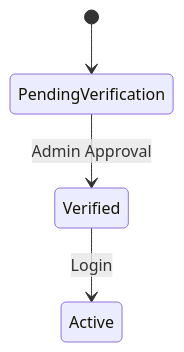
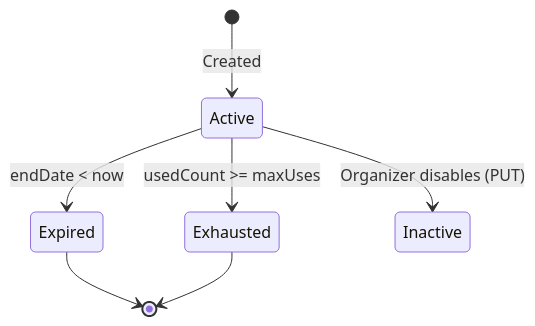
Before and after one commit to SDN-Group5/Event-Ticketing-Platform: diagram 21 of 42 in doc/UML/Nam_BookingOrg.md, drawn with Mermaid. The commit also changed other lines of this file and 2 other files, not shown here.

````diff
--- a/doc/UML/Nam_BookingOrg.md
+++ b/doc/UML/Nam_BookingOrg.md
@@ -186,6 +622,9 @@
 ```mermaid
 stateDiagram-v2
-    [*] --> PendingVerification
-    PendingVerification --> Verified: Admin Approval
-    Verified --> Active: Login
+    [*] --> Active: Created
+    Active --> Expired: endDate < now
+    Active --> Exhausted: usedCount >= maxUses
+    Active --> Inactive: Organizer disables (PUT)
+    Expired --> [*]
+    Exhausted --> [*]
 ```
````
